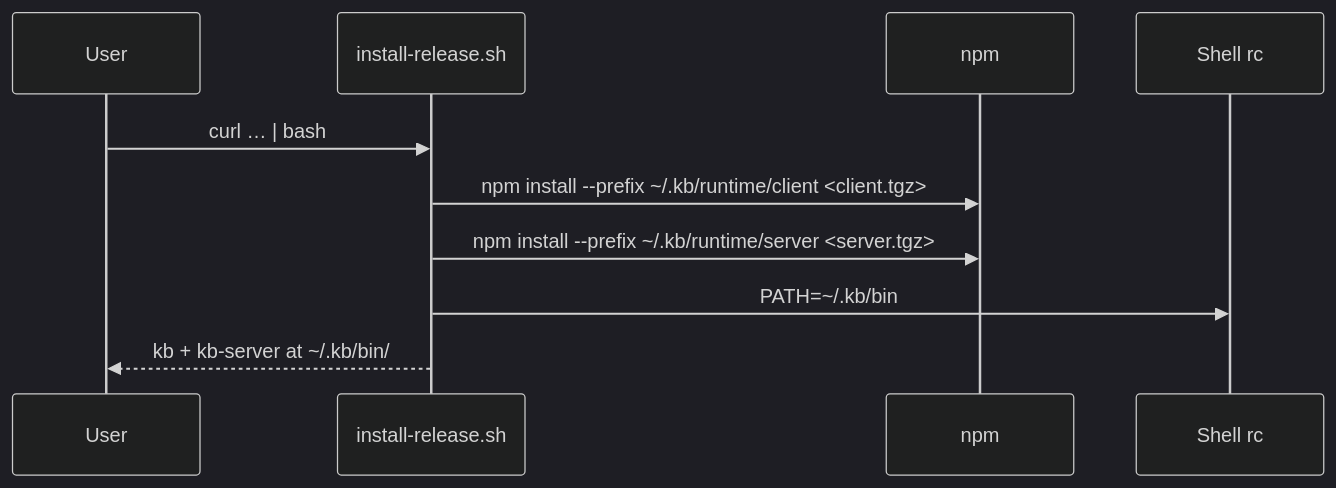
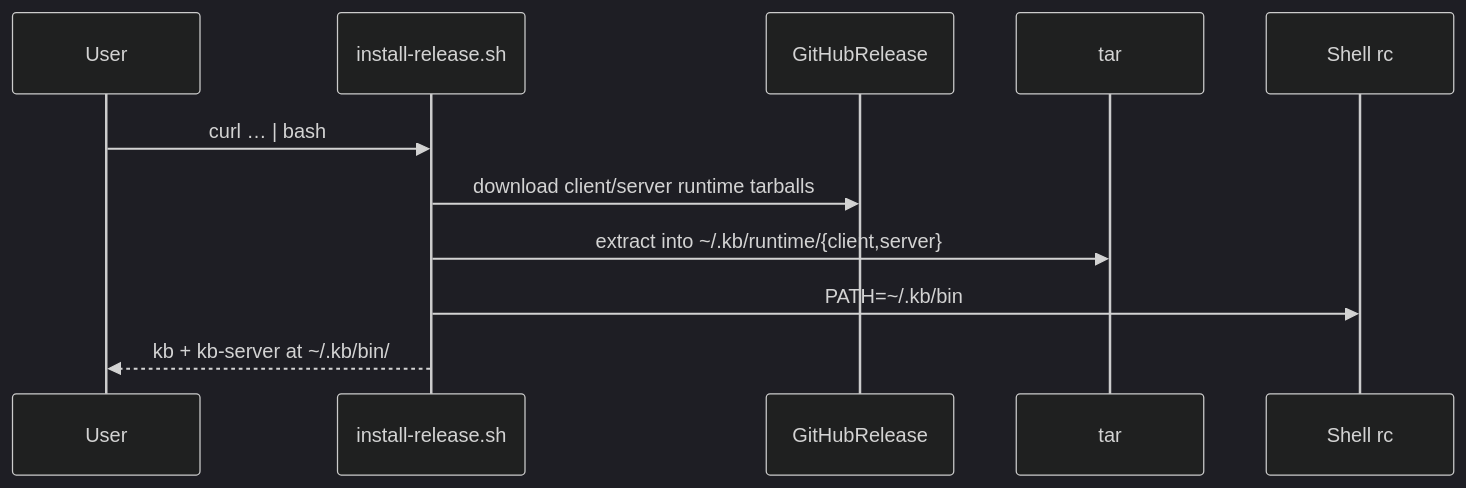
One commit to rosenjcb/kb changed the diagram in scripts/INSTALL.md. Above: the diagram before and after it, drawn with Mermaid (dark theme). The commit also changed other lines of this file and 14 other files, not shown here.

````diff
--- a/scripts/INSTALL.md
+++ b/scripts/INSTALL.md
@@ -16,13 +16,14 @@
 ```mermaid
 sequenceDiagram
   participant User
   participant install-release.sh
-  participant npm
+  participant GitHubRelease
+  participant tar
   participant Shell rc
 
   User->>install-release.sh: curl … | bash
-  install-release.sh->>npm: npm install --prefix ~/.kb/runtime/client <client.tgz>
-  install-release.sh->>npm: npm install --prefix ~/.kb/runtime/server <server.tgz>
+  install-release.sh->>GitHubRelease: download client/server runtime tarballs
+  install-release.sh->>tar: extract into ~/.kb/runtime/{client,server}
   install-release.sh->>Shell rc: PATH=~/.kb/bin
   install-release.sh-->>User: kb + kb-server at ~/.kb/bin/
 ```
````
